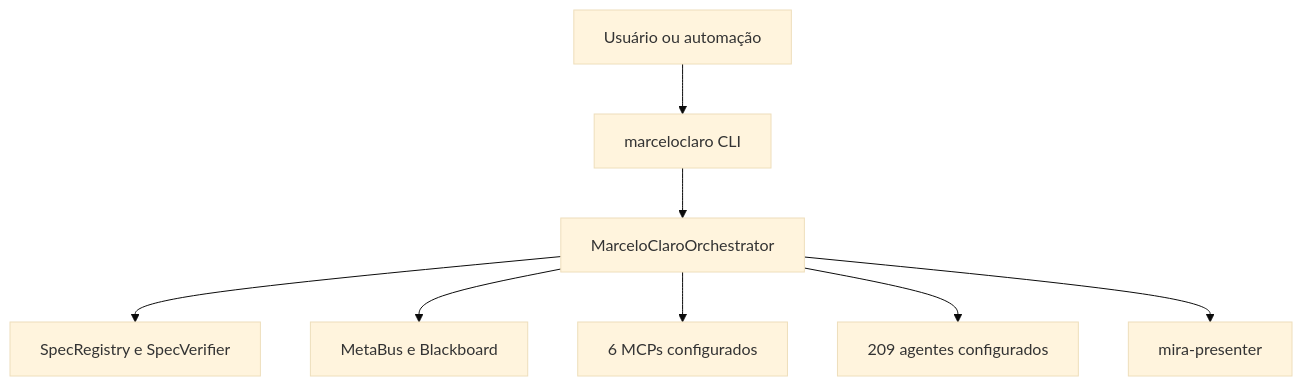
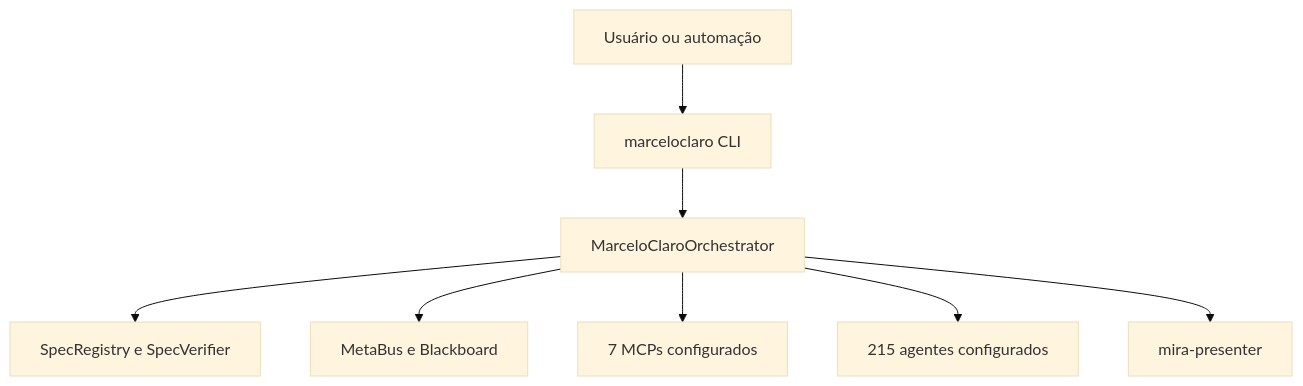
The first of 2 diagrams in ARCHITECTURE.md (MarceloClaro/opencode-ecosystem-core), drawn with Mermaid (base theme) before and after one commit. The commit also changed other lines of this file and 43 other files, not shown here.

````diff
--- a/ARCHITECTURE.md
+++ b/ARCHITECTURE.md
@@ -29,10 +29,10 @@
 ```mermaid
 graph TD
     Usuario[Usuário ou automação] --> CLI[marceloclaro CLI]
     CLI --> Orquestrador[MarceloClaroOrchestrator]
     Orquestrador --> SDD[SpecRegistry e SpecVerifier]
     Orquestrador --> MCI[MetaBus e Blackboard]
-    Orquestrador --> MCP[6 MCPs configurados]
-    Orquestrador --> Agentes[209 agentes configurados]
+    Orquestrador --> MCP[7 MCPs configurados]
+    Orquestrador --> Agentes[215 agentes configurados]
     Orquestrador --> MIRA[mira-presenter]
 ```
````
